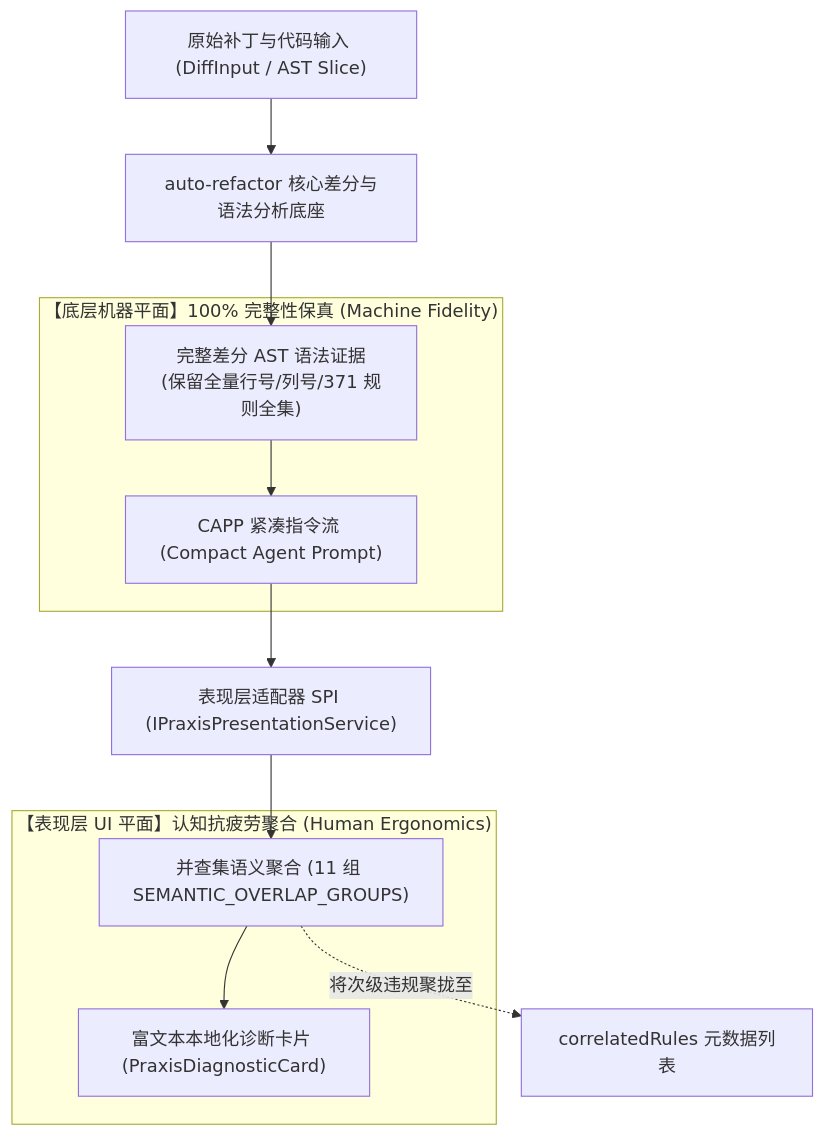
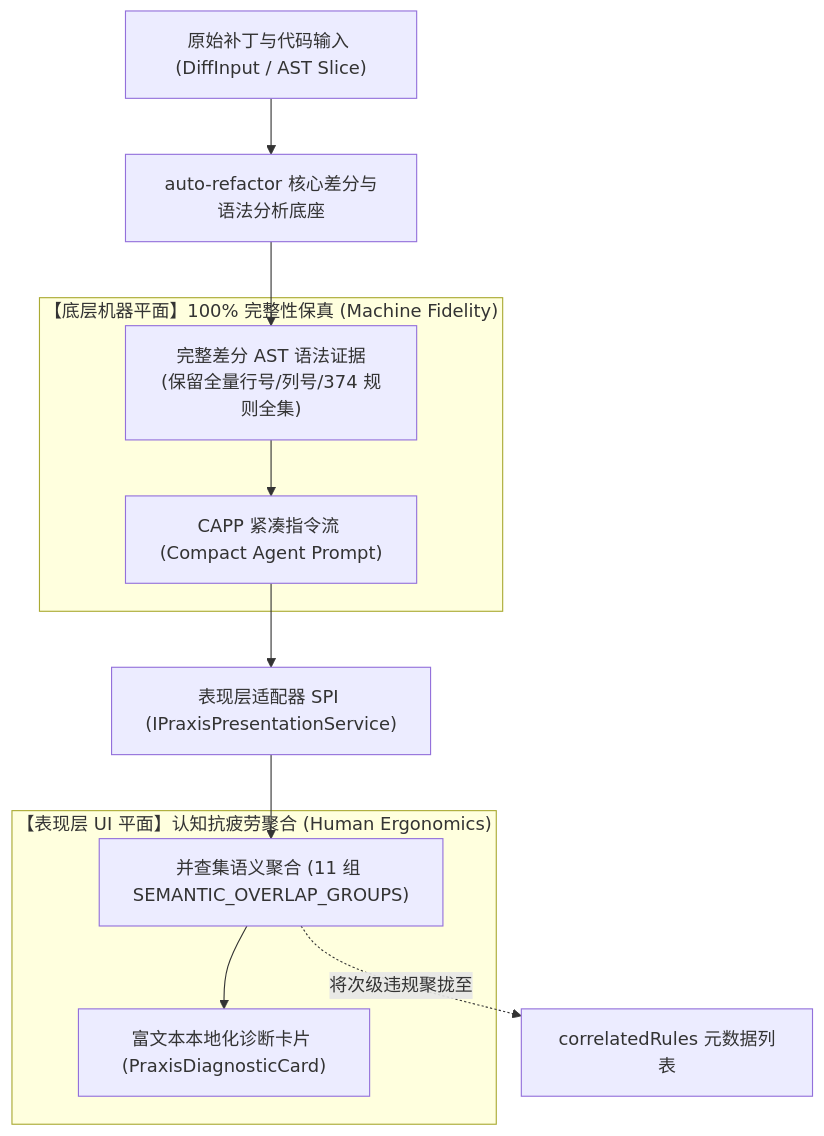
Before and after one commit to guilingzhouyi-creator/vscode-extensions: the first of 2 diagrams in auto-refactor/docs/06-praxis-delivery/01-praxis-architecture-and-spi-contracts.md, drawn with Mermaid. The commit also changed 22 other files, not shown here.

````diff
--- a/auto-refactor/docs/06-praxis-delivery/01-praxis-architecture-and-spi-contracts.md
+++ b/auto-refactor/docs/06-praxis-delivery/01-praxis-architecture-and-spi-contracts.md
@@ -14,21 +14,21 @@
 ```mermaid
 flowchart TD
     DIFF["原始补丁与代码输入 (DiffInput / AST Slice)"] --> CORE["auto-refactor 核心差分与语法分析底座"]
     
     subgraph MachinePlane["【底层机器平面】100% 完整性保真 (Machine Fidelity)"]
-        AST_COMPLETE["完整差分 AST 语法证据<br/>(保留全量行号/列号/371 规则全集)"]
+        AST_COMPLETE["完整差分 AST 语法证据<br/>(保留全量行号/列号/374 规则全集)"]
         CAPP["CAPP 紧凑指令流 (Compact Agent Prompt)"]
     end
     
     subgraph HumanPlane["【表现层 UI 平面】认知抗疲劳聚合 (Human Ergonomics)"]
         UNION_FIND["并查集语义聚合 (11 组 SEMANTIC_OVERLAP_GROUPS)"]
         CARDS["富文本本地化诊断卡片 (PraxisDiagnosticCard)"]
     end
     
     CORE --> AST_COMPLETE
     AST_COMPLETE --> CAPP
     CAPP --> IPres["表现层适配器 SPI (IPraxisPresentationService)"]
     IPres --> UNION_FIND
     UNION_FIND --> CARDS
     UNION_FIND -.->|将次级违规聚拢至| META["correlatedRules 元数据列表"]
 ```
````
